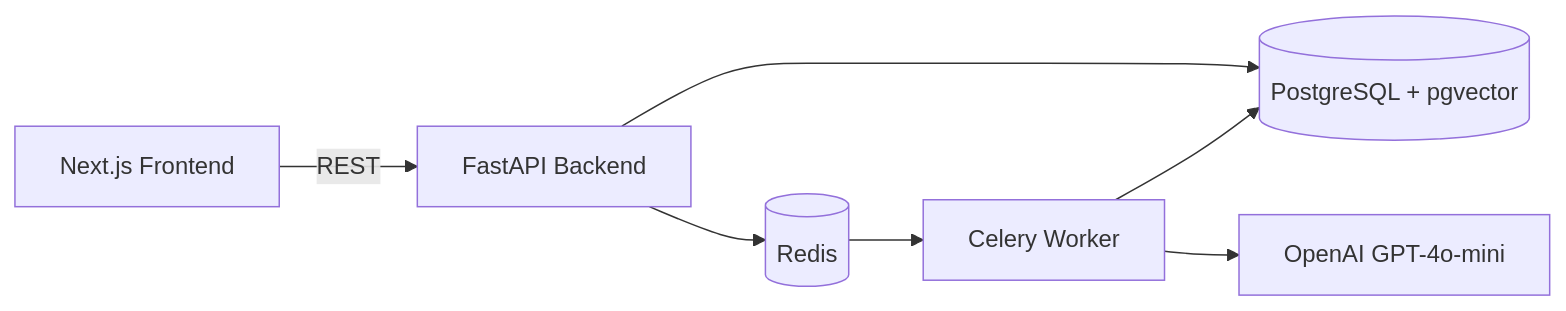
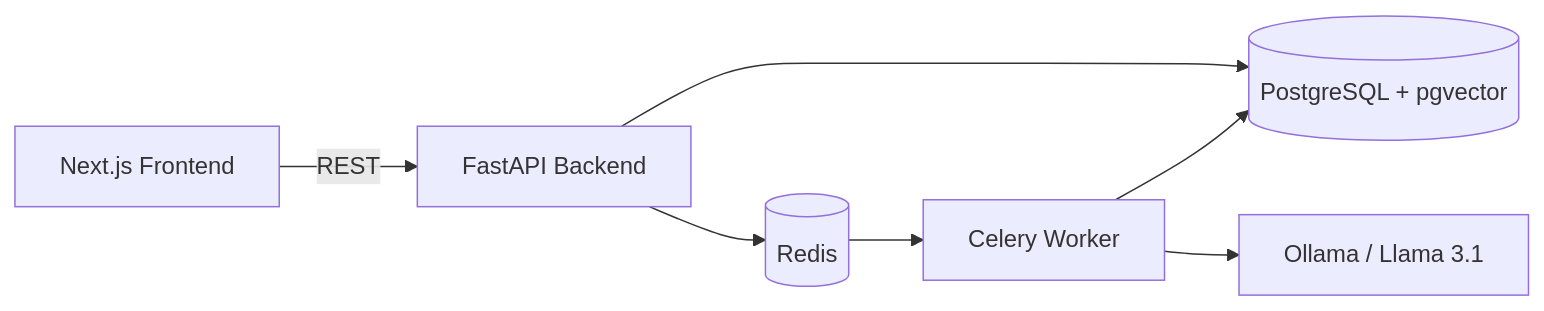
The diagram in README.md (adewale-codes/Triax), drawn with Mermaid before and after one commit. The commit also changed other lines of this file and 8 other files, not shown here.

````diff
--- a/README.md
+++ b/README.md
@@ -25,9 +25,9 @@
 ```mermaid
 flowchart LR
     A[Next.js Frontend] -->|REST| B[FastAPI Backend]
     B --> C[(PostgreSQL + pgvector)]
     B --> D[(Redis)]
     D --> E[Celery Worker]
-    E --> F[OpenAI GPT-4o-mini]
+    E --> F[Ollama / Llama 3.1]
     E --> C
 ```
````
